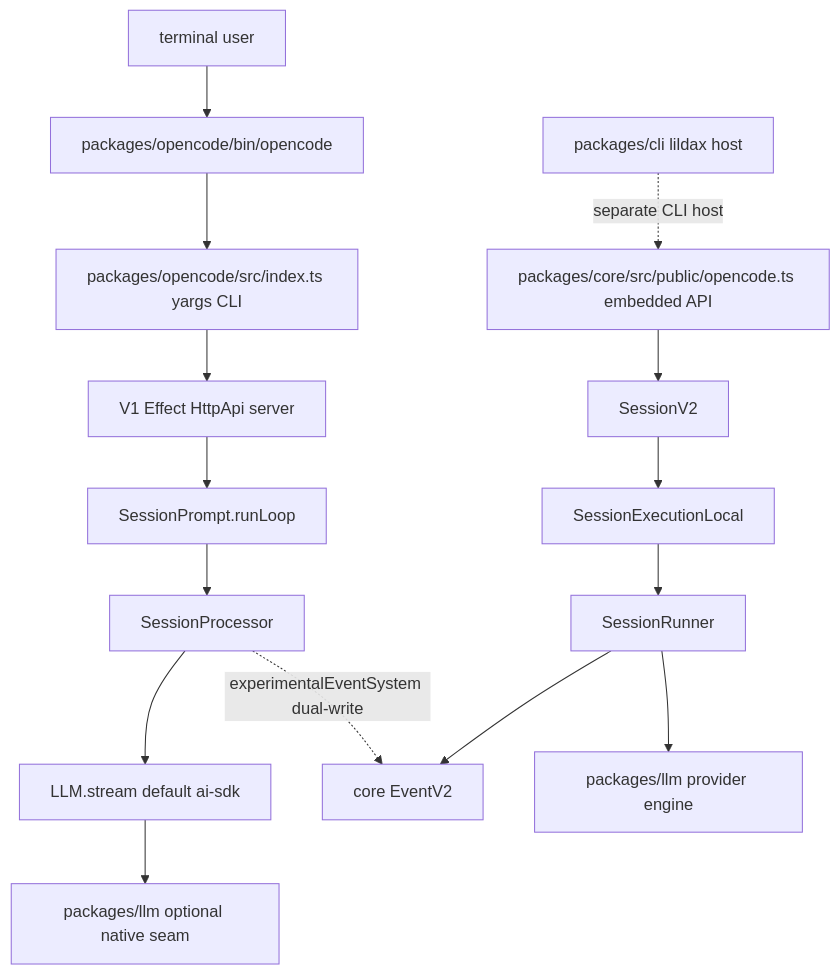
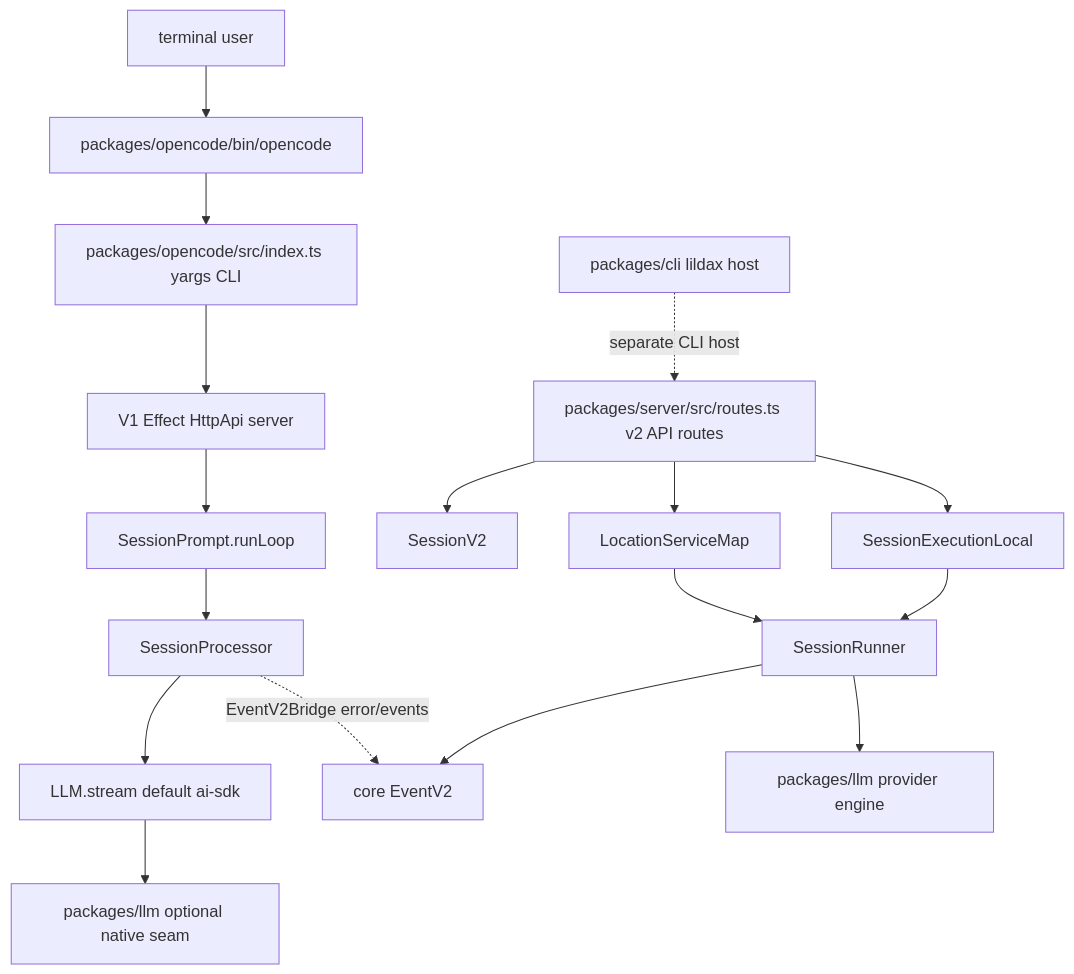
The diagram in docs/llm-wiki/opencode/spine/overview.md (wdnmdtonyma/SOTA-Agent-LLM-Wiki), drawn with Mermaid before and after one commit. The commit also changed other lines of this file and 544 other files, not shown here.

````diff
--- a/docs/llm-wiki/opencode/spine/overview.md
+++ b/docs/llm-wiki/opencode/spine/overview.md
@@ -24,17 +24,19 @@
 ```mermaid
 flowchart TD
   User["terminal user"] --> Bin["packages/opencode/bin/opencode"]
   Bin --> V1CLI["packages/opencode/src/index.ts yargs CLI"]
   V1CLI --> V1Server["V1 Effect HttpApi server"]
   V1Server --> V1Session["SessionPrompt.runLoop"]
   V1Session --> V1Processor["SessionProcessor"]
   V1Processor --> V1LLM["LLM.stream default ai-sdk"]
   V1LLM --> NativeOpt["packages/llm optional native seam"]
-  V1Processor -. "experimentalEventSystem dual-write" .-> EventV2["core EventV2"]
-  V2Public["packages/core/src/public/opencode.ts embedded API"] --> V2Session["SessionV2"]
-  V2Session --> V2Execution["SessionExecutionLocal"]
+  V1Processor -. "EventV2Bridge error/events" .-> EventV2["core EventV2"]
+  V2Routes["packages/server/src/routes.ts v2 API routes"] --> V2Session["SessionV2"]
+  V2Routes --> V2Execution["SessionExecutionLocal"]
+  V2Routes --> LocationMap["LocationServiceMap"]
+  LocationMap --> V2Runner
   V2Execution --> V2Runner["SessionRunner"]
   V2Runner --> V2LLM["packages/llm provider engine"]
   V2Runner --> EventV2
-  Lildax["packages/cli lildax host"] -. "separate CLI host" .-> V2Public
+  Lildax["packages/cli lildax host"] -. "separate CLI host" .-> V2Routes
 ```
````
